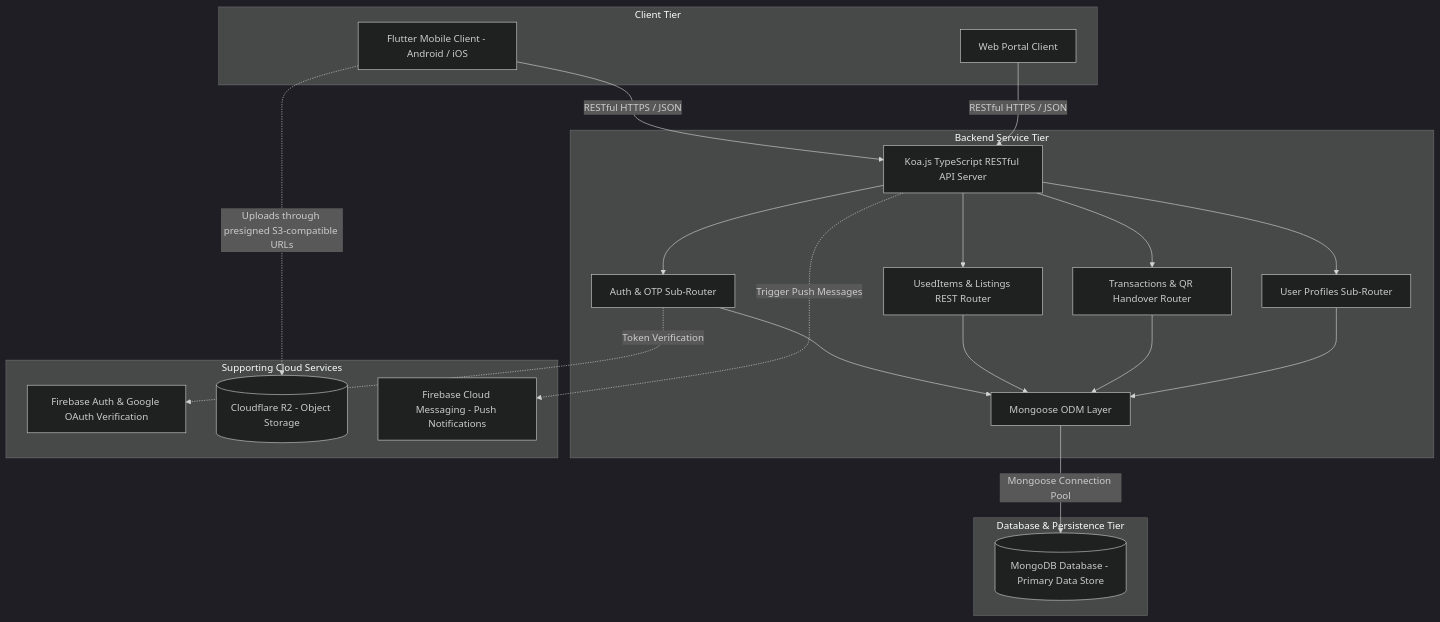
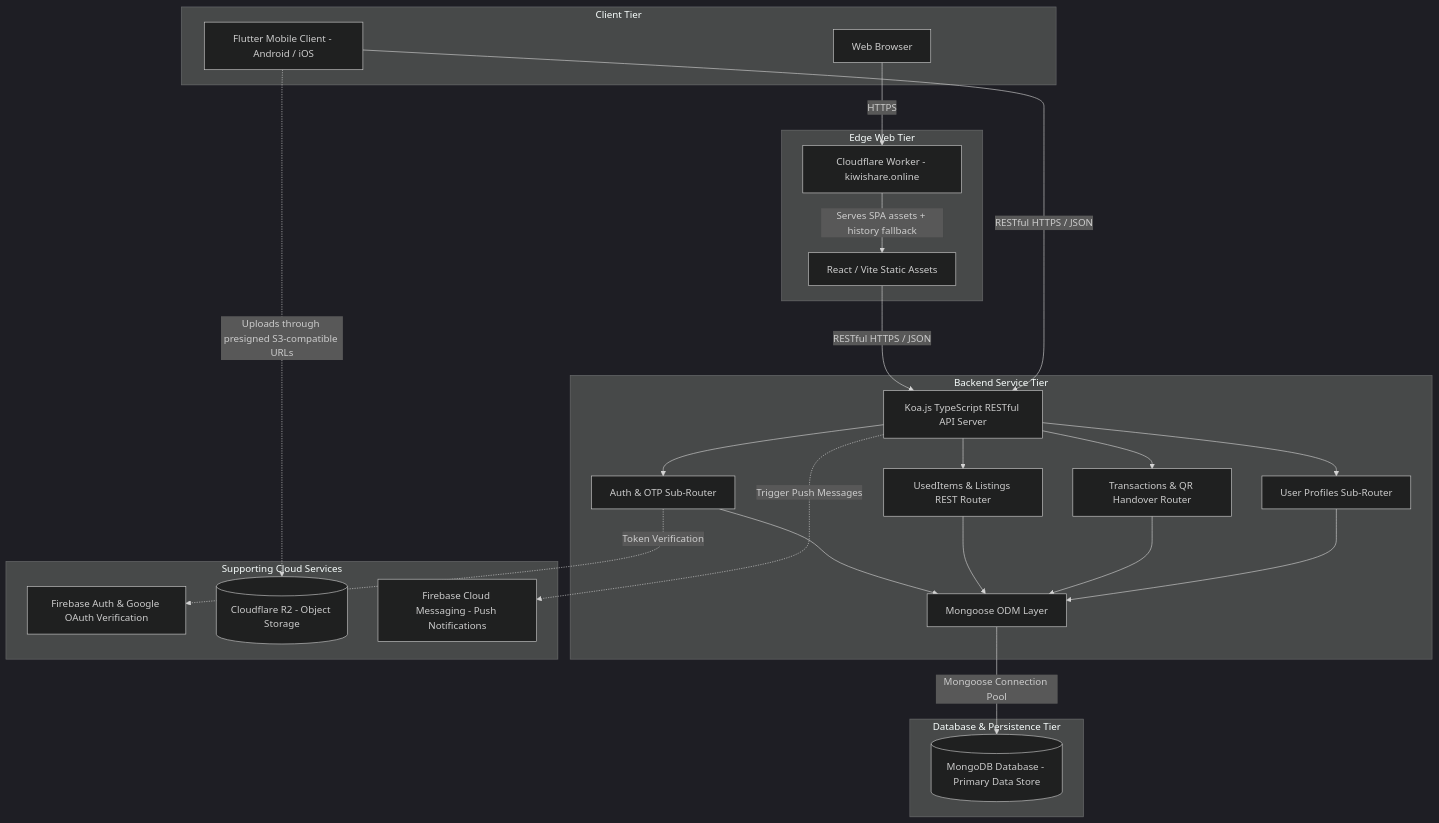
Before and after one commit to KiwiShare/kiwishare: the first of 2 diagrams in docs/architecture.md, drawn with Mermaid (dark theme). The commit also changed other lines of this file and 3 other files, not shown here.

Commit message:
chore: deploy web frontend on Cloudflare Workers

````diff
--- a/docs/architecture.md
+++ b/docs/architecture.md
@@ -11,45 +11,52 @@
 ```mermaid
 graph TD
     subgraph Client Tier
         MobileApp[Flutter Mobile Client - Android / iOS]
-        WebApp[Web Portal Client]
+        Browser[Web Browser]
+    end
+
+    subgraph Edge Web Tier
+        CFWorker[Cloudflare Worker - kiwishare.online]
+        WebApp[React / Vite Static Assets]
     end
 
     subgraph Backend Service Tier
         KoaApp[Koa.js TypeScript RESTful API Server]
         AuthRouter[Auth & OTP Sub-Router]
         UsedItemsRouter[UsedItems & Listings REST Router]
         TxRouter[Transactions & QR Handover Router]
         UsersRouter[User Profiles Sub-Router]
         MongooseODM[Mongoose ODM Layer]
     end
 
     subgraph Database & Persistence Tier
         MongoDB[(MongoDB Database - Primary Data Store)]
     end
 
     subgraph Supporting Cloud Services
         FirebaseAuth[Firebase Auth & Google OAuth Verification]
         R2[(Cloudflare R2 - Object Storage)]
         FCM[Firebase Cloud Messaging - Push Notifications]
     end
 
+    Browser -->|HTTPS| CFWorker
+    CFWorker -->|Serves SPA assets + history fallback| WebApp
+    WebApp -->|RESTful HTTPS / JSON| KoaApp
     MobileApp -->|RESTful HTTPS / JSON| KoaApp
-    WebApp -->|RESTful HTTPS / JSON| KoaApp
 
     KoaApp --> AuthRouter
     KoaApp --> UsedItemsRouter
     KoaApp --> TxRouter
     KoaApp --> UsersRouter
 
     AuthRouter --> MongooseODM
     UsedItemsRouter --> MongooseODM
     TxRouter --> MongooseODM
     UsersRouter --> MongooseODM
 
     MongooseODM -->|Mongoose Connection Pool| MongoDB
 
     AuthRouter -.->|Token Verification| FirebaseAuth
     MobileApp -.->|Uploads through presigned S3-compatible URLs| R2
     KoaApp -.->|Trigger Push Messages| FCM
 ```
````
